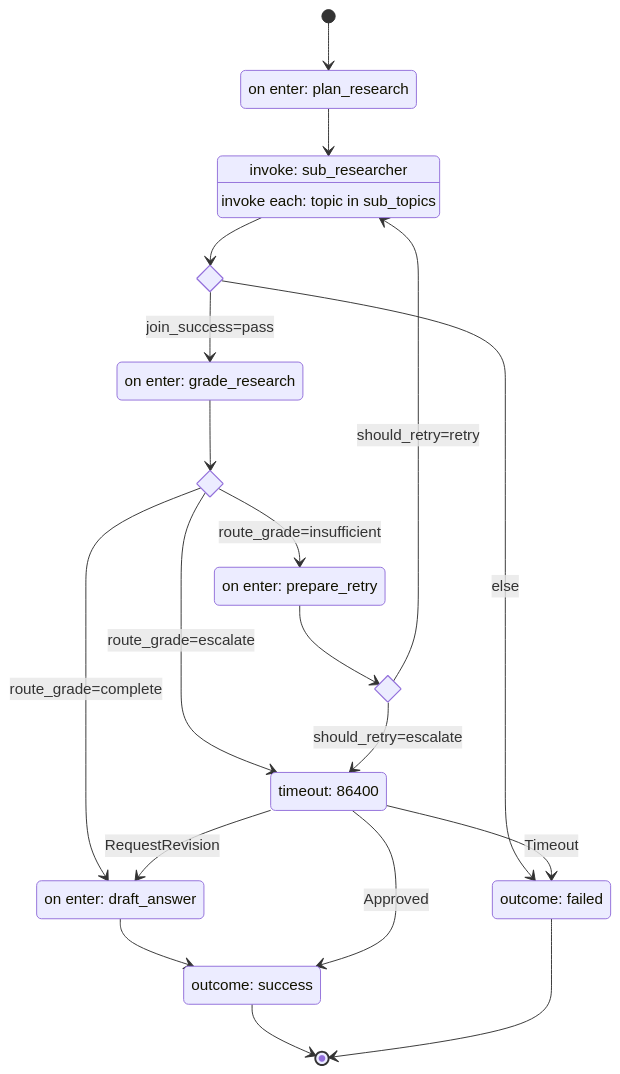
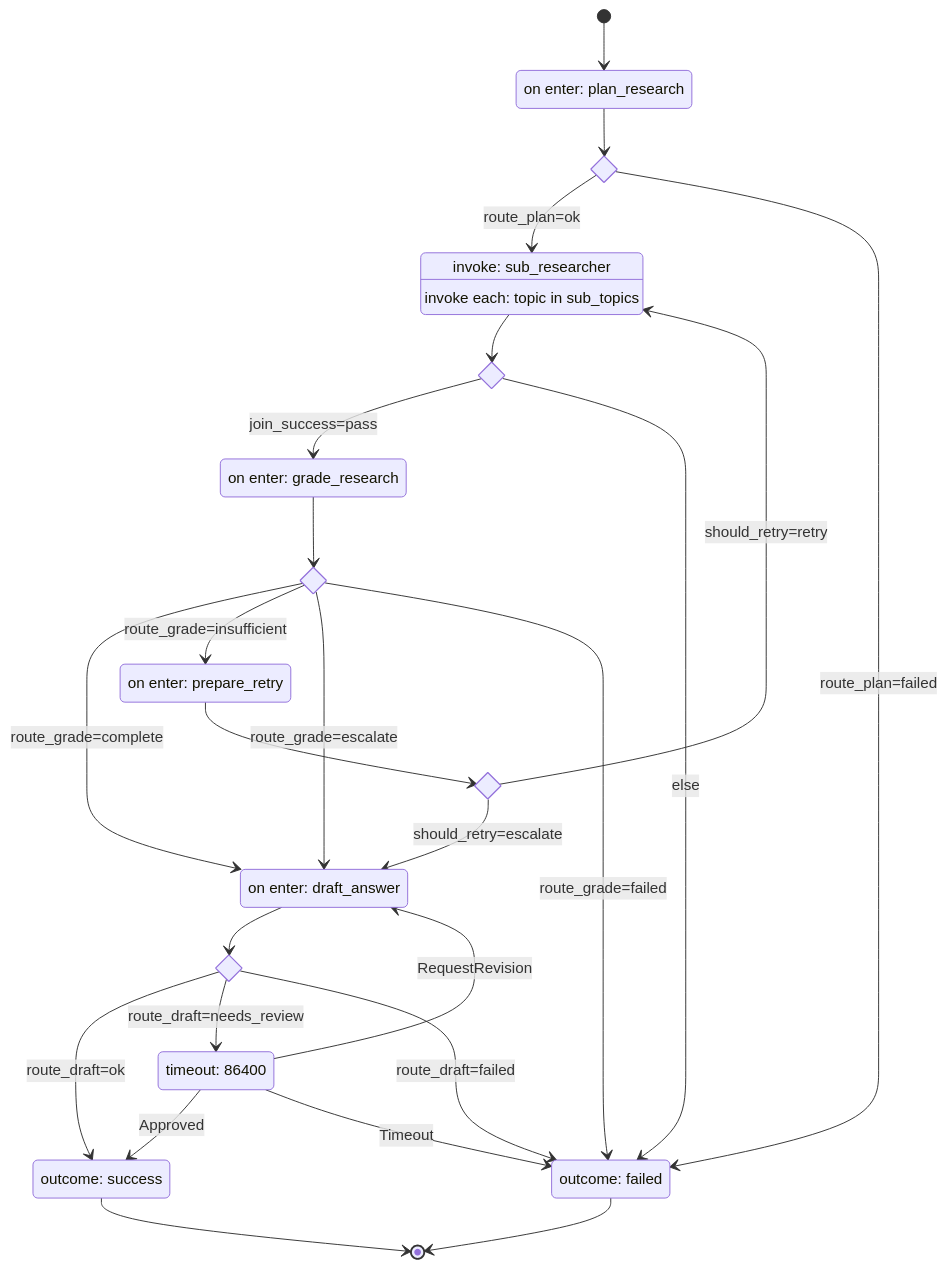
Before and after one commit to acasadom/harel-agents: the diagram in README.md, drawn with Mermaid. The commit also changed other lines of this file and 15 other files, not shown here.

First line of the commit message:
Fix unguarded LLM calls, escalation flow, and durable timeout

````diff
--- a/README.md
+++ b/README.md
@@ -18,33 +18,41 @@
 ```mermaid
 stateDiagram-v2
 [*] --> Planning
 Planning : on enter: plan_research
 Researching : invoke: sub_researcher
 Researching : invoke each: topic in sub_topics
 Grading : on enter: grade_research
 Refining : on enter: prepare_retry
 Drafting : on enter: draft_answer
 HumanReview : timeout: 86400
 Done : outcome: success
 Failed : outcome: failed
-Planning --> Researching
+state Planning__route_plan <<choice>>
+Planning --> Planning__route_plan
+Planning__route_plan --> Researching : route_plan=ok
+Planning__route_plan --> Failed : route_plan=failed
 state Researching__join_success <<choice>>
 Researching --> Researching__join_success
 Researching__join_success --> Grading : join_success=pass
 Researching__join_success --> Failed : else
 state Grading__route_grade <<choice>>
 Grading --> Grading__route_grade
 Grading__route_grade --> Drafting : route_grade=complete
 Grading__route_grade --> Refining : route_grade=insufficient
-Grading__route_grade --> HumanReview : route_grade=escalate
+Grading__route_grade --> Drafting : route_grade=escalate
+Grading__route_grade --> Failed : route_grade=failed
 state Refining__should_retry <<choice>>
 Refining --> Refining__should_retry
 Refining__should_retry --> Researching : should_retry=retry
-Refining__should_retry --> HumanReview : should_retry=escalate
-Drafting --> Done
+Refining__should_retry --> Drafting : should_retry=escalate
+state Drafting__route_draft <<choice>>
+Drafting --> Drafting__route_draft
+Drafting__route_draft --> Done : route_draft=ok
+Drafting__route_draft --> HumanReview : route_draft=needs_review
+Drafting__route_draft --> Failed : route_draft=failed
 HumanReview --> Done : Approved
 HumanReview --> Drafting : RequestRevision
 HumanReview --> Failed : Timeout
 Done --> [*]
 Failed --> [*]
 ```
````
